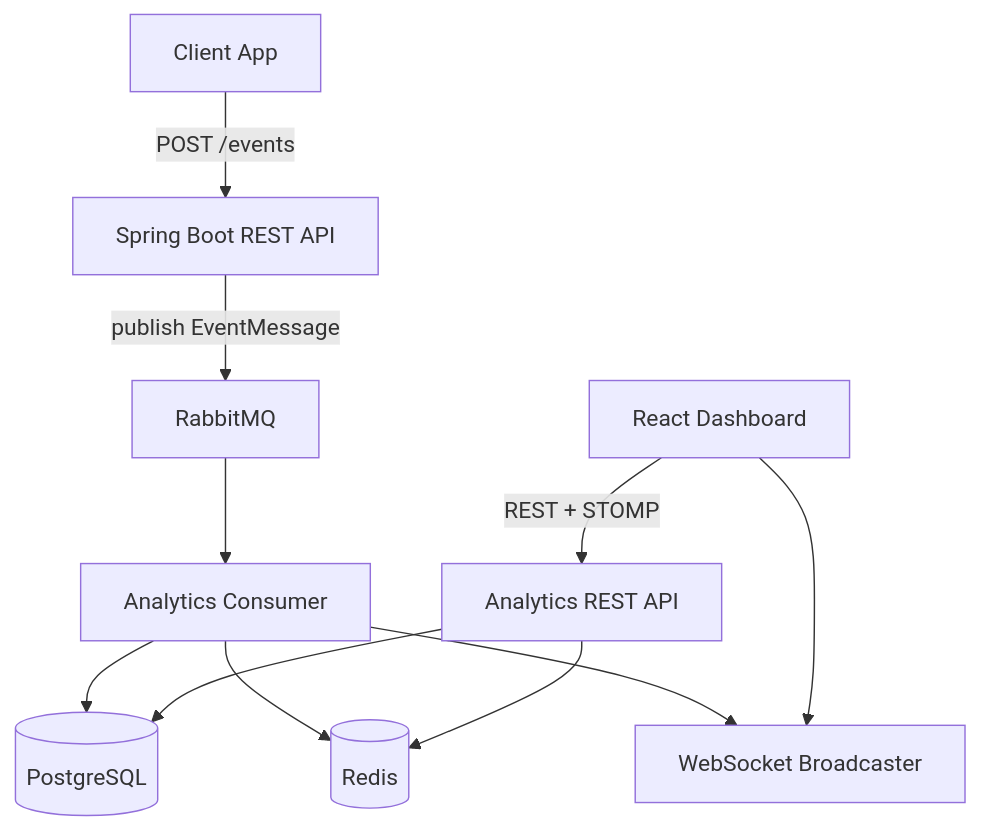
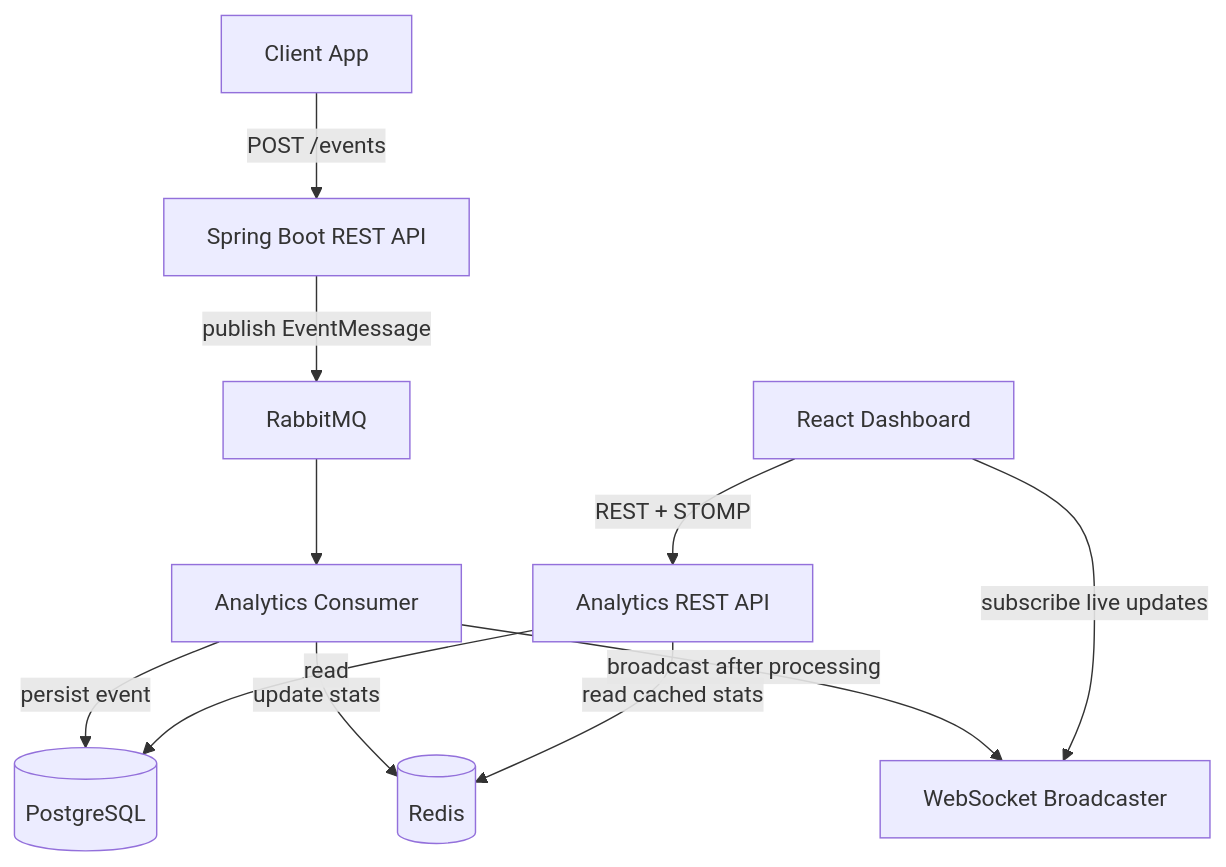
Before and after one commit to Abdul-Rafy2005/pulseflow: the diagram in README.md, drawn with Mermaid.

````diff
--- a/README.md
+++ b/README.md
@@ -11,23 +11,23 @@
 ```mermaid
 flowchart TB
     ClientApp[Client App]
     API[Spring Boot REST API]
     RMQ[RabbitMQ]
     Consumer[Analytics Consumer]
     PG[(PostgreSQL)]
     Redis[(Redis)]
     AnalyticsAPI[Analytics REST API]
     WS[WebSocket Broadcaster]
     Dashboard[React Dashboard]
 
     ClientApp -->|POST /events| API
     API -->|publish EventMessage| RMQ
     RMQ --> Consumer
-    Consumer --> PG
-    Consumer --> Redis
-    Consumer --> WS
-    AnalyticsAPI --> Redis
-    AnalyticsAPI --> PG
+    Consumer -->|persist event| PG
+    Consumer -->|update stats| Redis
+    Consumer -->|broadcast after processing| WS
+    AnalyticsAPI -->|read| PG
+    AnalyticsAPI -->|read cached stats| Redis
     Dashboard -->|REST + STOMP| AnalyticsAPI
-    Dashboard --> WS
+    Dashboard -->|subscribe live updates| WS
 ```
````
